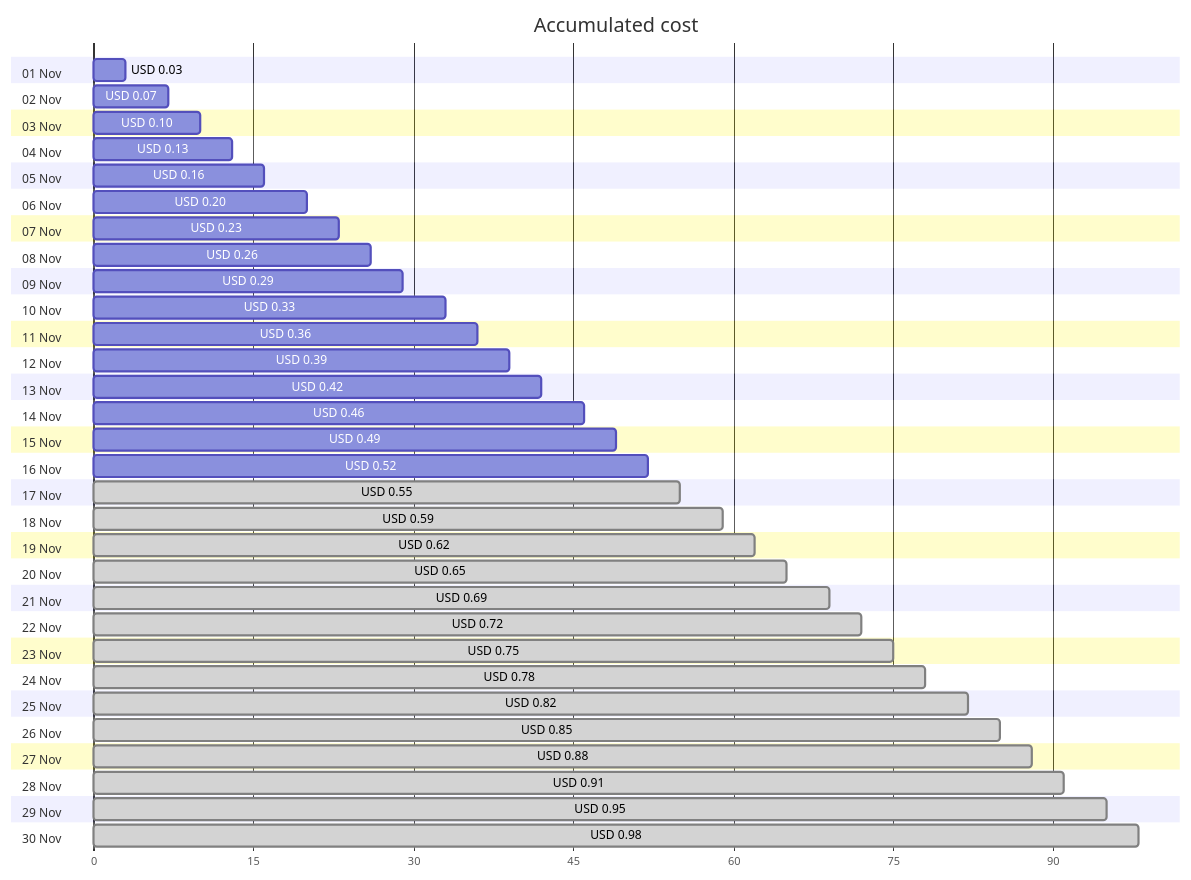
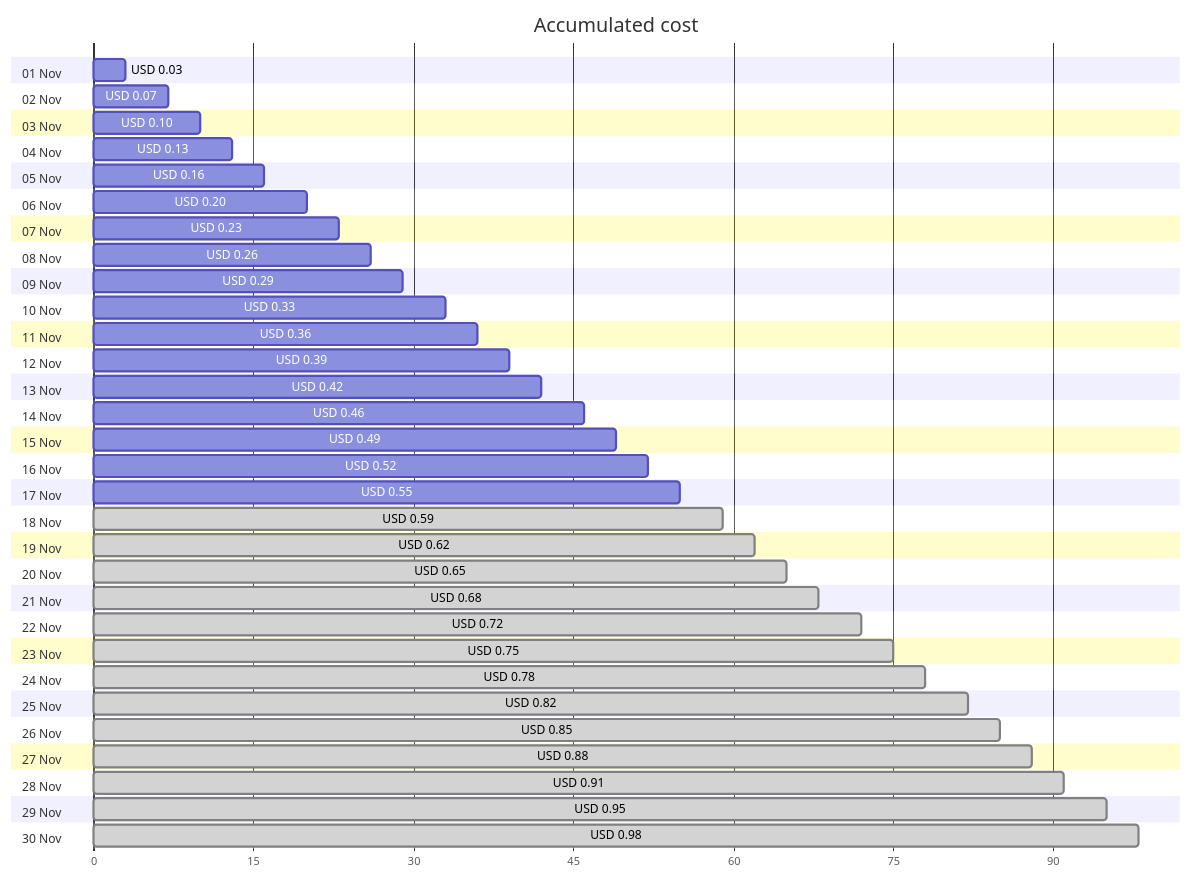
Before and after one commit to jpfulton/azure-personal-reports: the first of 4 diagrams in cost-reports/personal-dns/README.md, drawn with Mermaid. The commit also changed other lines of this file and 2 other files, not shown here.

````diff
--- a/cost-reports/personal-dns/README.md
+++ b/cost-reports/personal-dns/README.md
@@ -20,66 +20,66 @@
 ```mermaid
 gantt
    title Accumulated cost
    dateFormat  X
    axisFormat %s
    section 01 Nov
    USD 0.03 :0, 3
    section 02 Nov
    USD 0.07 :0, 7
    section 03 Nov
    USD 0.10 :0, 10
    section 04 Nov
    USD 0.13 :0, 13
    section 05 Nov
    USD 0.16 :0, 16
    section 06 Nov
    USD 0.20 :0, 20
    section 07 Nov
    USD 0.23 :0, 23
    section 08 Nov
    USD 0.26 :0, 26
    section 09 Nov
    USD 0.29 :0, 29
    section 10 Nov
    USD 0.33 :0, 33
    section 11 Nov
    USD 0.36 :0, 36
    section 12 Nov
    USD 0.39 :0, 39
    section 13 Nov
    USD 0.42 :0, 42
    section 14 Nov
    USD 0.46 :0, 46
    section 15 Nov
    USD 0.49 :0, 49
    section 16 Nov
    USD 0.52 :0, 52
    section 17 Nov
-   USD 0.55 : done, 0, 55
+   USD 0.55 :0, 55
    section 18 Nov
    USD 0.59 : done, 0, 59
    section 19 Nov
    USD 0.62 : done, 0, 62
    section 20 Nov
    USD 0.65 : done, 0, 65
    section 21 Nov
-   USD 0.69 : done, 0, 69
+   USD 0.68 : done, 0, 68
    section 22 Nov
    USD 0.72 : done, 0, 72
    section 23 Nov
    USD 0.75 : done, 0, 75
    section 24 Nov
    USD 0.78 : done, 0, 78
    section 25 Nov
    USD 0.82 : done, 0, 82
    section 26 Nov
    USD 0.85 : done, 0, 85
    section 27 Nov
    USD 0.88 : done, 0, 88
    section 28 Nov
    USD 0.91 : done, 0, 91
    section 29 Nov
    USD 0.95 : done, 0, 95
    section 30 Nov
    USD 0.98 : done, 0, 98
 ```
````
